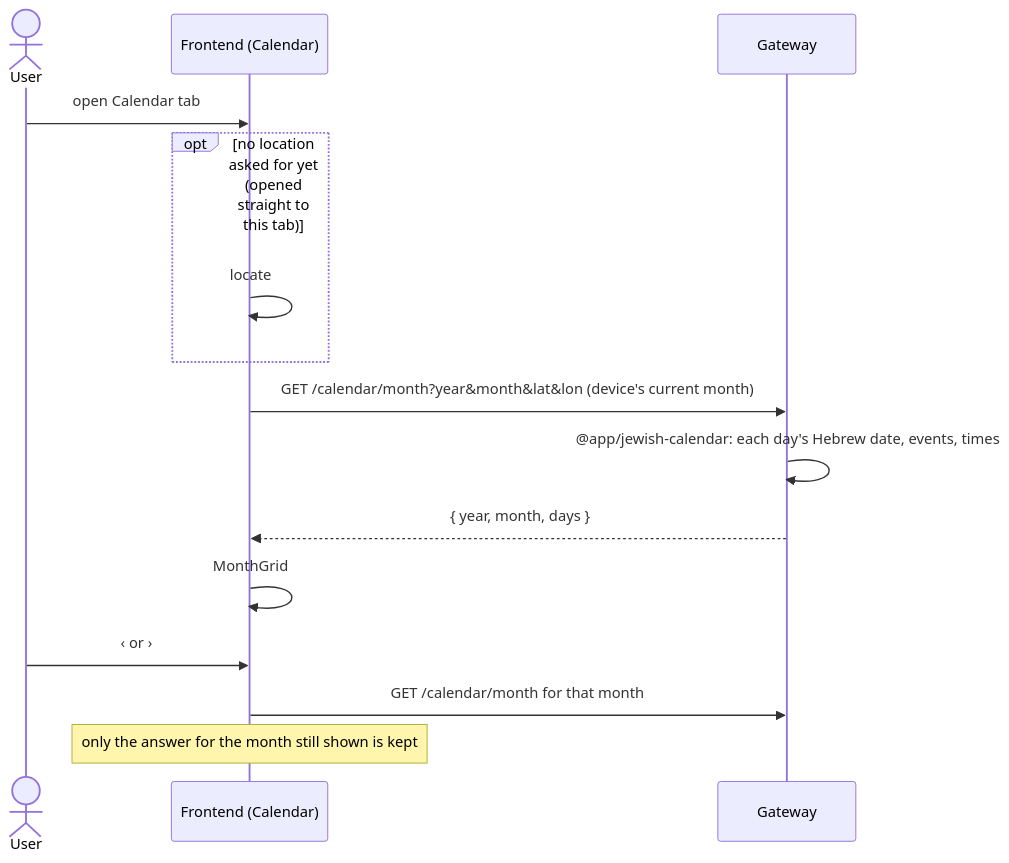
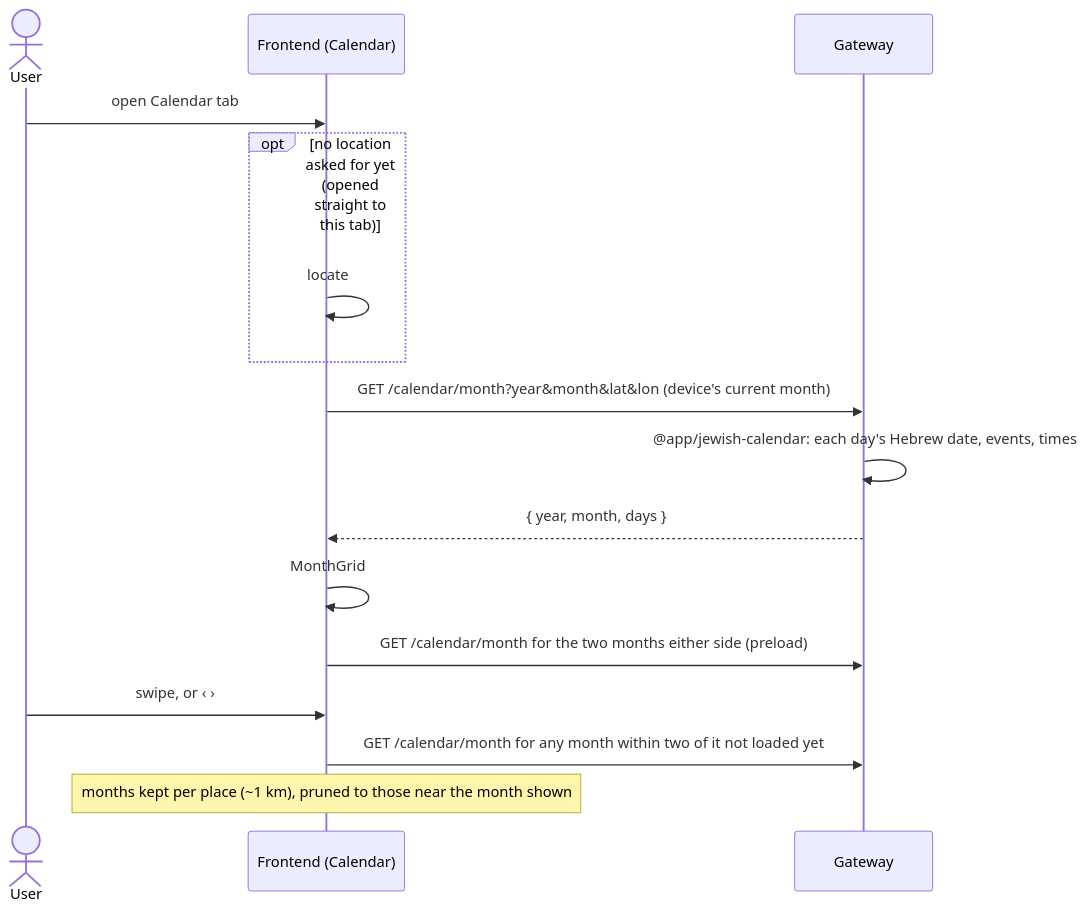
The fifth of 9 diagrams in docs/specs/architecture.md (LidorElmakaies/personal-copilot), drawn with Mermaid before and after one commit. The commit also changed other lines of this file and 51 other files, not shown here.

````diff
--- a/docs/specs/architecture.md
+++ b/docs/specs/architecture.md
@@ -199,18 +200,19 @@
 ```mermaid
 sequenceDiagram
     actor User
     participant App as Frontend (Calendar)
     participant Gateway
 
     User->>App: open Calendar tab
     opt no location asked for yet (opened straight to this tab)
         App->>App: locate
     end
     App->>Gateway: GET /calendar/month?year&month&lat&lon (device's current month)
     Gateway->>Gateway: @app/jewish-calendar: each day's Hebrew date, events, times
     Gateway-->>App: { year, month, days }
     App->>App: MonthGrid
-    User->>App: ‹ or ›
-    App->>Gateway: GET /calendar/month for that month
-    Note over App: only the answer for the month still shown is kept
+    App->>Gateway: GET /calendar/month for the two months either side (preload)
+    User->>App: swipe, or ‹ ›
+    App->>Gateway: GET /calendar/month for any month within two of it not loaded yet
+    Note over App: months kept per place (~1 km), pruned to those near the month shown
 ```
````
